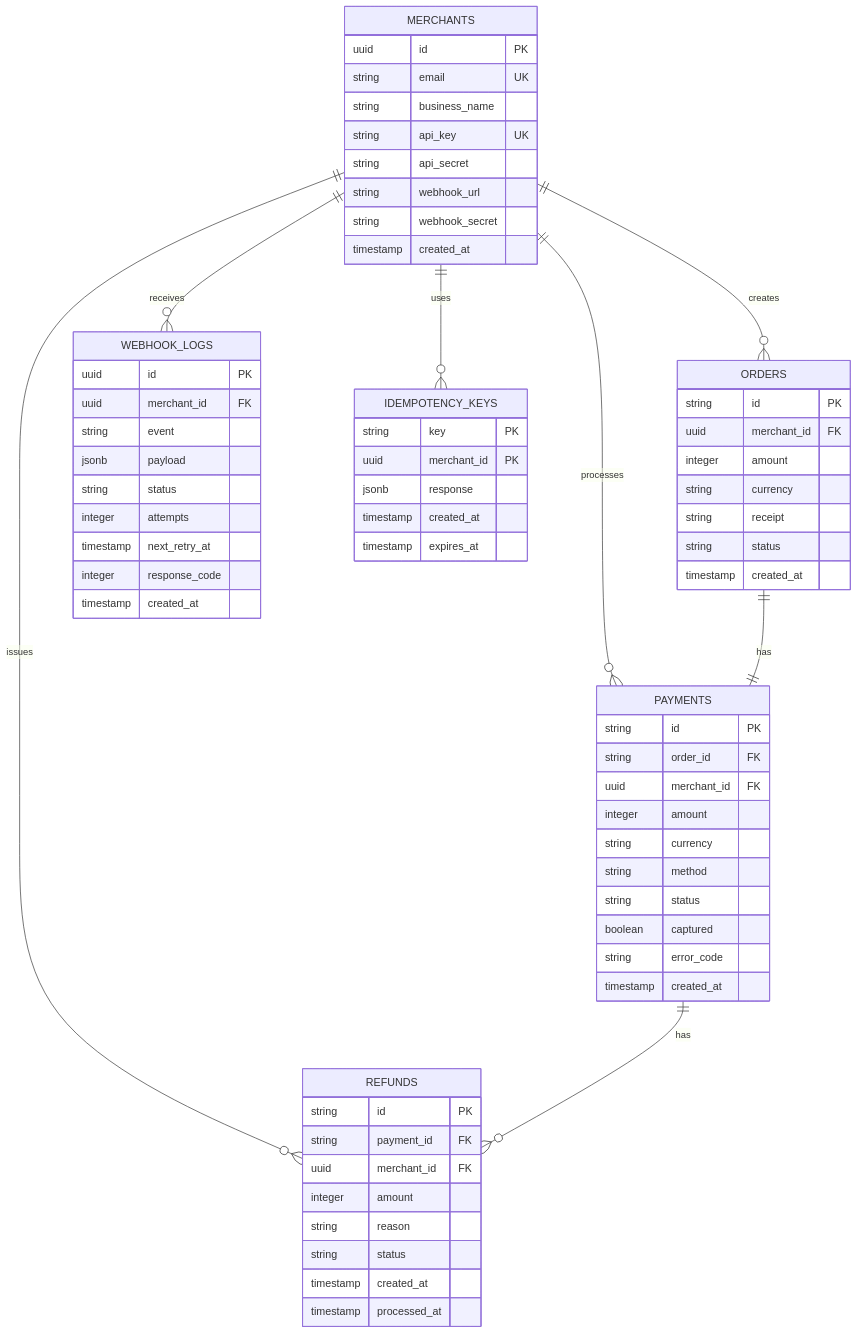
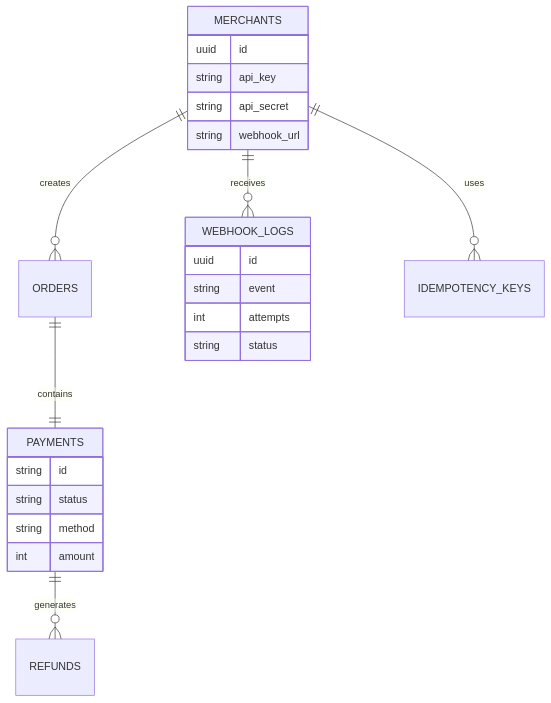
Before and after one commit to vinay-nethala/Payment-Gateway-with-Async-Processing: the fourth of 4 diagrams in docs/ARCHITECTURE.md, drawn with Mermaid. The commit also changed other lines of this file, not shown here.

````diff
--- a/docs/ARCHITECTURE.md
+++ b/docs/ARCHITECTURE.md
@@ -106,75 +97,30 @@
 ```mermaid
+
 erDiagram
     MERCHANTS ||--o{ ORDERS : creates
-    MERCHANTS ||--o{ PAYMENTS : processes
-    MERCHANTS ||--o{ REFUNDS : issues
+    ORDERS ||--|| PAYMENTS : contains
+    PAYMENTS ||--o{ REFUNDS : generates
     MERCHANTS ||--o{ WEBHOOK_LOGS : receives
     MERCHANTS ||--o{ IDEMPOTENCY_KEYS : uses
-    ORDERS ||--|| PAYMENTS : has
-    PAYMENTS ||--o{ REFUNDS : has
-    
+
     MERCHANTS {
-        uuid id PK
-        string email UK
-        string business_name
-        string api_key UK
+        uuid id
+        string api_key
         string api_secret
         string webhook_url
-        string webhook_secret
-        timestamp created_at
     }
-    
-    ORDERS {
-        string id PK
-        uuid merchant_id FK
-        integer amount
-        string currency
-        string receipt
+
+    PAYMENTS {
+        string id
         string status
-        timestamp created_at
+        string method
+        int amount
     }
-    
-    PAYMENTS {
-        string id PK
-        string order_id FK
-        uuid merchant_id FK
-        integer amount
-        string currency
-        string method
+
+    WEBHOOK_LOGS {
+        uuid id
+        string event
+        int attempts
         string status
-        boolean captured
-        string error_code
-        timestamp created_at
-    }
-    
-    REFUNDS {
-        string id PK
-        string payment_id FK
-        uuid merchant_id FK
-        integer amount
-        string reason
-        string status
-        timestamp created_at
-        timestamp processed_at
-    }
-    
-    WEBHOOK_LOGS {
-        uuid id PK
-        uuid merchant_id FK
-        string event
-        jsonb payload
-        string status
-        integer attempts
-        timestamp next_retry_at
-        integer response_code
-        timestamp created_at
-    }
-    
-    IDEMPOTENCY_KEYS {
-        string key PK
-        uuid merchant_id PK
-        jsonb response
-        timestamp created_at
-        timestamp expires_at
     }
 ```
````
